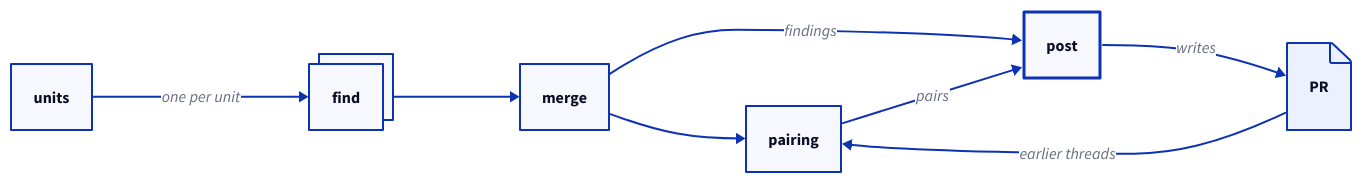
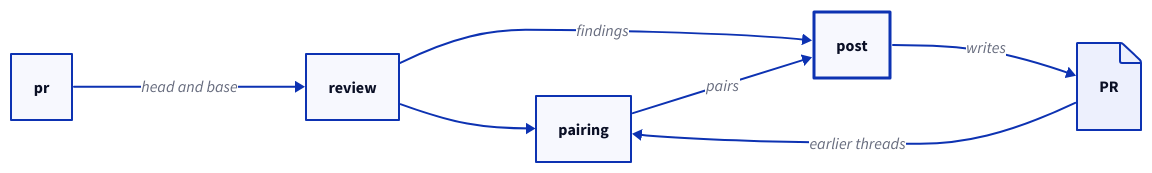
The third of 4 diagrams in review/review.tree.md (mjewell/context-packs), drawn with D2 before and after one commit. The commit also changed other lines of this file and 3 other files, not shown here.

First line of the commit message:
Describe the CI review running the pack-findings skill

````diff
--- a/review/review.tree.md
+++ b/review/review.tree.md
@@ -111,15 +111,14 @@
   ```d2
   direction: right
-  units
-  find: find {style.multiple: true}
-  merge
+  pr
+  review
   pairing
   post: post {style.stroke-width: 3}
-  pr: PR {shape: page}
-  units -> find: one per unit
-  find -> merge -> pairing
-  merge -> post: findings
+  pull: PR {shape: page}
+  pr -> review: head and base
+  review -> pairing
+  review -> post: findings
   pairing -> post: pairs
-  pr -> pairing: earlier threads
-  post -> pr: writes
+  pull -> pairing: earlier threads
+  post -> pull: writes
   ```
````
